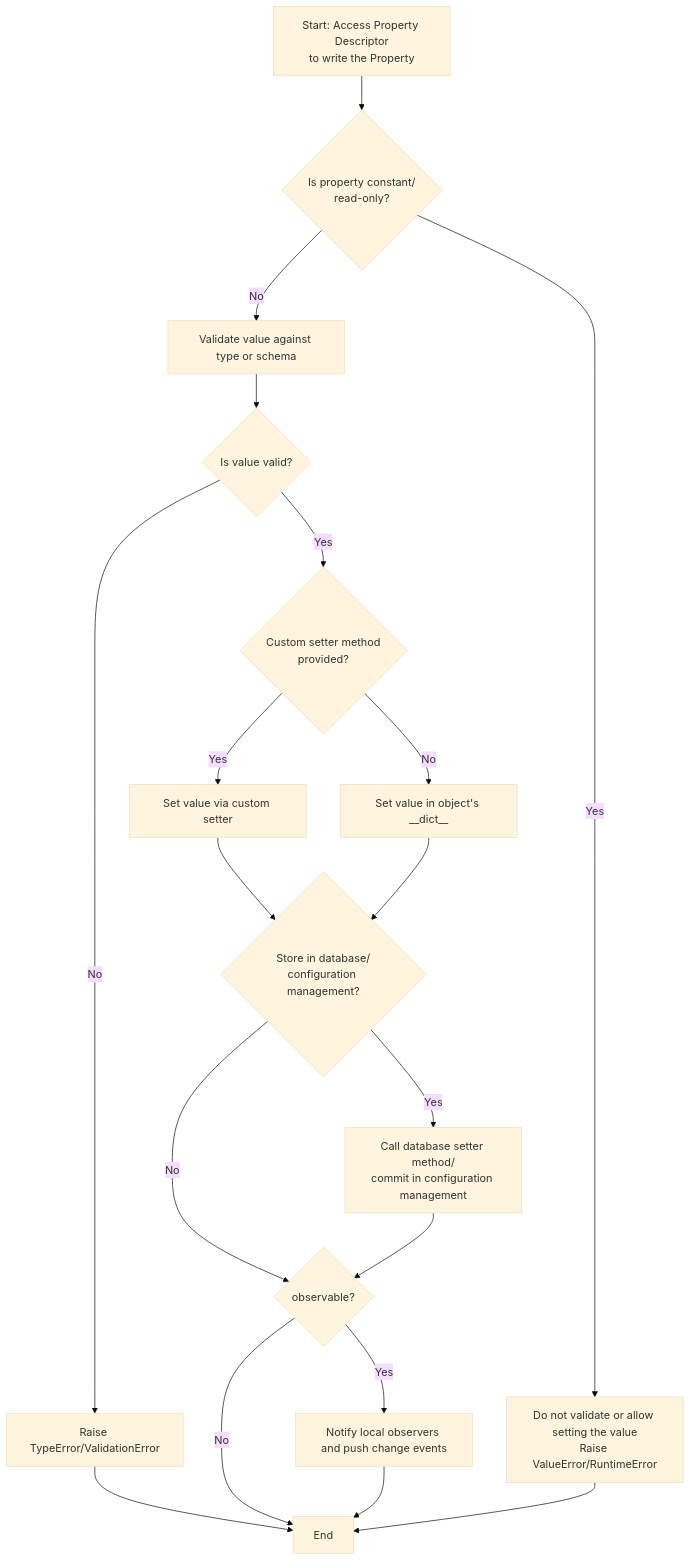
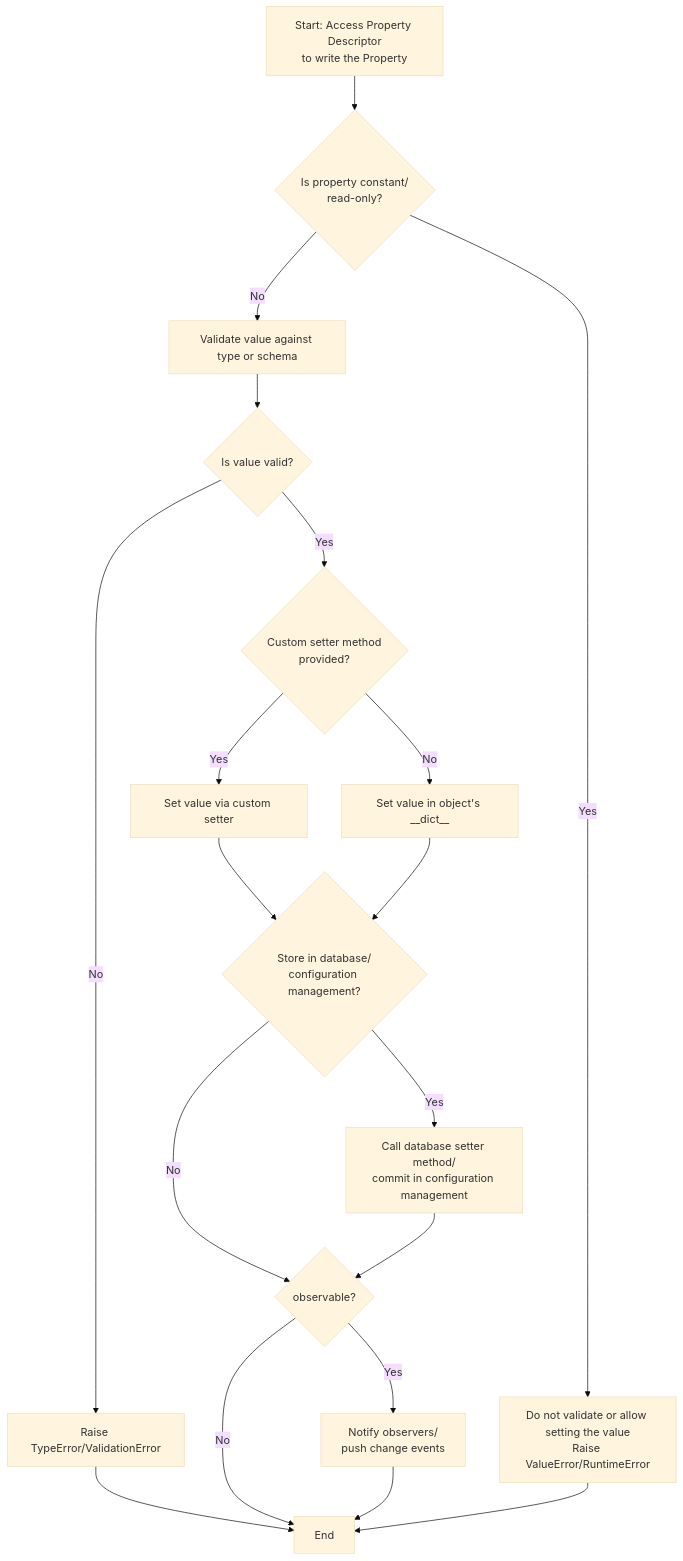
One commit to hololinked-dev/docs changed the first of 2 diagrams in docs/design/property-descriptors.md. Above: the diagram before and after it, drawn with Mermaid (base theme). The commit also changed other lines of this file and 16 other files, not shown here.

````diff
--- a/docs/design/property-descriptors.md
+++ b/docs/design/property-descriptors.md
@@ -218,22 +217,22 @@
 ```mermaid
 flowchart TD
     A[Start: Access Property Descriptor<br/>to write the Property] --> B{Is property constant/<br />read-only?}
     B -- No --> D[Validate value against type or schema]
     D --> E{Is value valid?}
     E -- No --> F[Raise TypeError/ValidationError]
     F --> Z
     E -- Yes --> G{Custom setter method<br/>provided?}
     G -- Yes --> H[Set value via custom setter]
     G -- No --> I[Set value in object's __dict__]
     H --> J{Store in database/<br/>configuration management?}
     I --> J
     J -- Yes --> K[Call database setter method/<br/>commit in configuration management]
     J -- No --> N
     K --> N{observable?}
-    N -- Yes --> M[Notify local observers and push change events]
+    N -- Yes --> M[Notify observers/<br/>push change events]
     N -- No --> Z
     M --> Z
     B -- Yes --> C[Do not validate or allow setting the value<br/>Raise ValueError/RuntimeError]
     C --> Z[End]
     Z[End]
 ```
````
